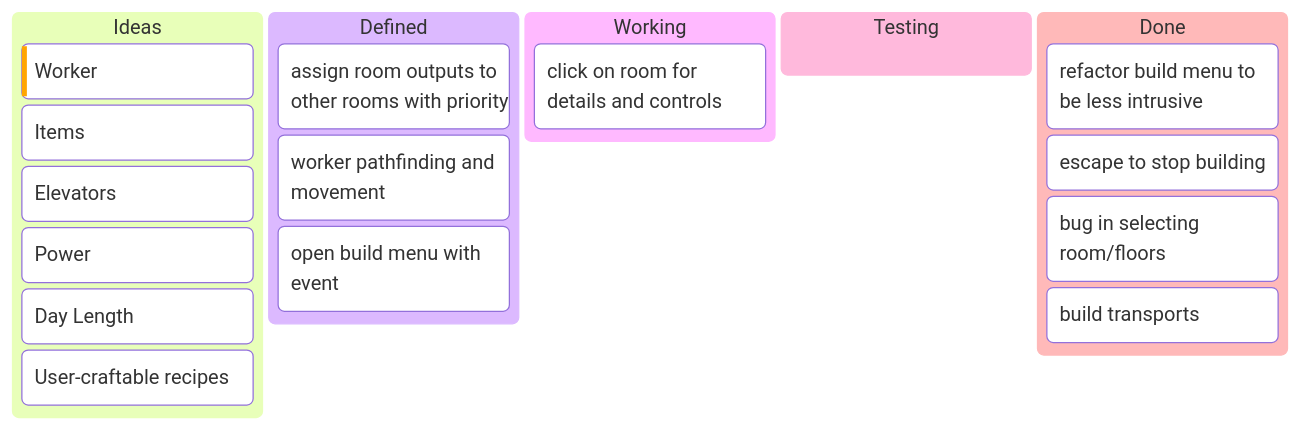
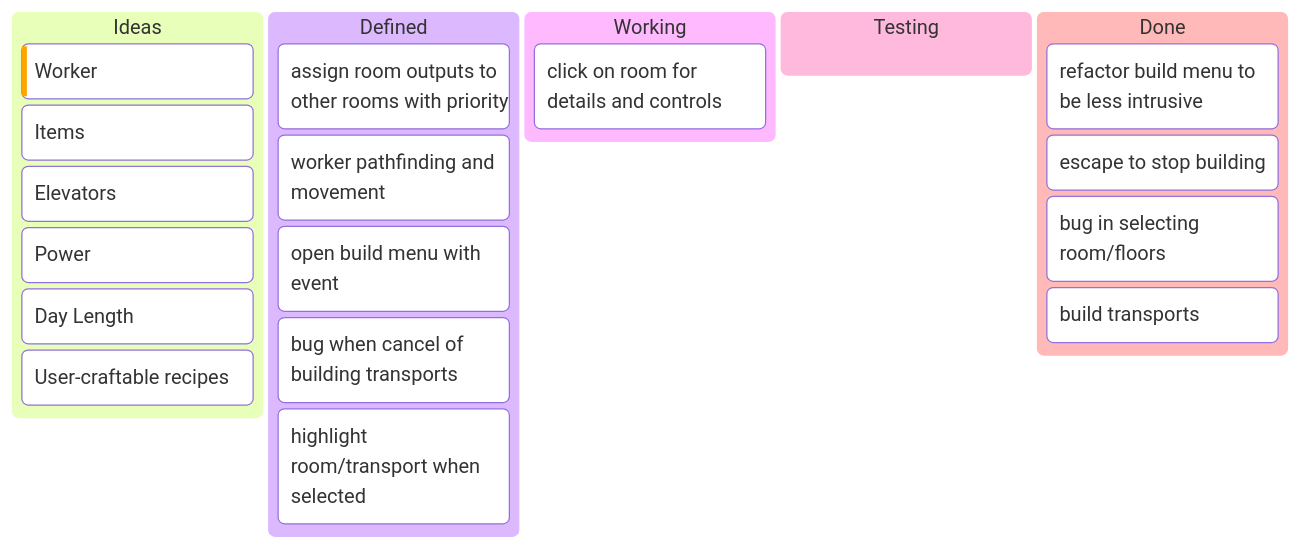
One commit to sagecottrell/wizard-tower changed the first of 2 diagrams in TODO.md. Above: the diagram before and after it, drawn with Mermaid. The commit also changed 9 other files, not shown here.

````diff
--- a/TODO.md
+++ b/TODO.md
@@ -5,24 +5,26 @@
 ```mermaid
 
 kanban
     idea[Ideas]
         [Worker]@{priority: 'High'}
         [Items]
         [Elevators]
         [Power]
         [Day Length]
         [User-craftable recipes]
     defined[Defined]
         [assign room outputs to other rooms with priority]
         [worker pathfinding and movement]
         [open build menu with event]
+        [bug when cancel of building transports]
+        [highlight room/transport when selected]
     wip[Working]
         [click on room for details and controls]
     test[Testing]
     done[Done]
         [refactor build menu to be less intrusive]
         [escape to stop building]
         [bug in selecting room/floors]
         [build transports]
 
 ```
````
